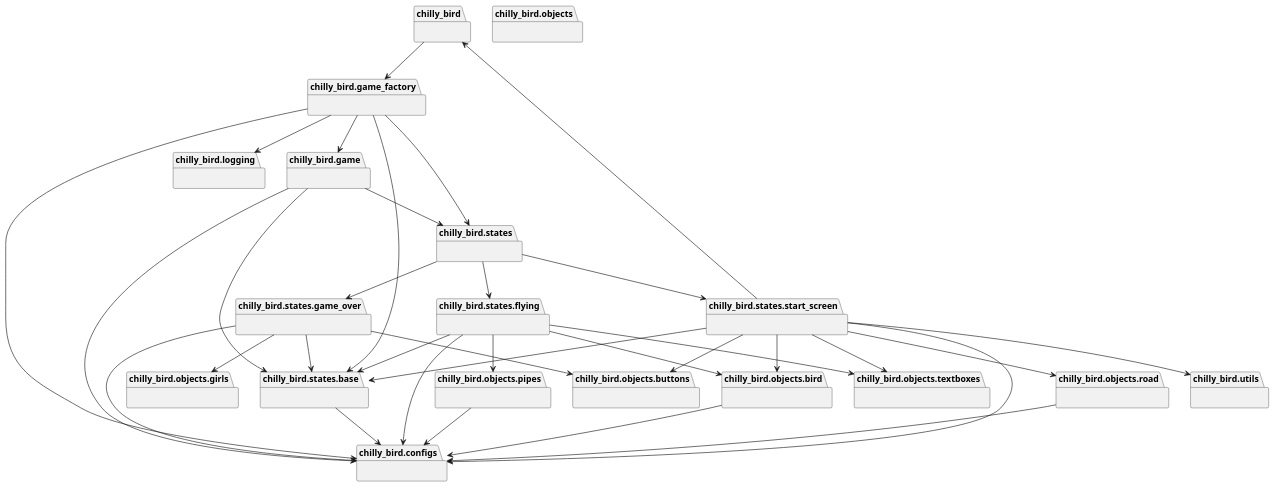
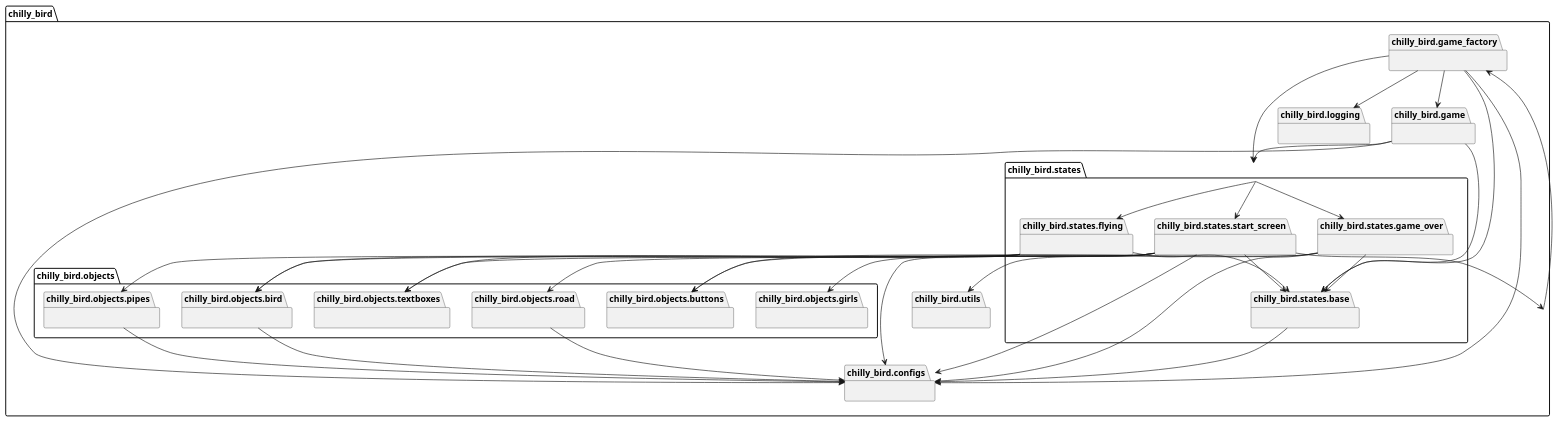
One commit to relicks/girly-bird changed the diagram in diagrams/packages.puml. Above: the diagram before and after it, drawn with PlantUML. The commit also changed 4 other files, not shown here.

```diff
--- a/diagrams/packages.puml
+++ b/diagrams/packages.puml
@@ -1,72 +1,72 @@
 @startuml packages
-set namespaceSeparator none
+' set namespaceSeparator none
 package "chilly_bird" as chilly_bird {
 }
 package "chilly_bird.configs" as chilly_bird.configs {
 }
 package "chilly_bird.game" as chilly_bird.game {
 }
 package "chilly_bird.game_factory" as chilly_bird.game_factory {
 }
 package "chilly_bird.logging" as chilly_bird.logging {
 }
 package "chilly_bird.objects" as chilly_bird.objects {
 }
 package "chilly_bird.objects.bird" as chilly_bird.objects.bird {
 }
 package "chilly_bird.objects.buttons" as chilly_bird.objects.buttons {
 }
 package "chilly_bird.objects.girls" as chilly_bird.objects.girls {
 }
 package "chilly_bird.objects.pipes" as chilly_bird.objects.pipes {
 }
 package "chilly_bird.objects.road" as chilly_bird.objects.road {
 }
 package "chilly_bird.objects.textboxes" as chilly_bird.objects.textboxes {
 }
 package "chilly_bird.states" as chilly_bird.states {
 }
 package "chilly_bird.states.base" as chilly_bird.states.base {
 }
 package "chilly_bird.states.flying" as chilly_bird.states.flying {
 }
 package "chilly_bird.states.game_over" as chilly_bird.states.game_over {
 }
 package "chilly_bird.states.start_screen" as chilly_bird.states.start_screen {
 }
 package "chilly_bird.utils" as chilly_bird.utils {
 }
 chilly_bird --> chilly_bird.game_factory
 chilly_bird.game --> chilly_bird.configs
 chilly_bird.game --> chilly_bird.states
 chilly_bird.game --> chilly_bird.states.base
 chilly_bird.game_factory --> chilly_bird.configs
 chilly_bird.game_factory --> chilly_bird.game
 chilly_bird.game_factory --> chilly_bird.logging
 chilly_bird.game_factory --> chilly_bird.states
 chilly_bird.game_factory --> chilly_bird.states.base
 chilly_bird.objects.bird --> chilly_bird.configs
 chilly_bird.objects.pipes --> chilly_bird.configs
 chilly_bird.objects.road --> chilly_bird.configs
 chilly_bird.states --> chilly_bird.states.flying
 chilly_bird.states --> chilly_bird.states.game_over
 chilly_bird.states --> chilly_bird.states.start_screen
 chilly_bird.states.base --> chilly_bird.configs
 chilly_bird.states.flying --> chilly_bird.configs
 chilly_bird.states.flying --> chilly_bird.objects.bird
 chilly_bird.states.flying --> chilly_bird.objects.pipes
 chilly_bird.states.flying --> chilly_bird.objects.textboxes
 chilly_bird.states.flying --> chilly_bird.states.base
 chilly_bird.states.game_over --> chilly_bird.configs
 chilly_bird.states.game_over --> chilly_bird.objects.buttons
 chilly_bird.states.game_over --> chilly_bird.objects.girls
 chilly_bird.states.game_over --> chilly_bird.states.base
 chilly_bird.states.start_screen --> chilly_bird
 chilly_bird.states.start_screen --> chilly_bird.configs
 chilly_bird.states.start_screen --> chilly_bird.objects.bird
 chilly_bird.states.start_screen --> chilly_bird.objects.buttons
 chilly_bird.states.start_screen --> chilly_bird.objects.road
 chilly_bird.states.start_screen --> chilly_bird.objects.textboxes
 chilly_bird.states.start_screen --> chilly_bird.states.base
 chilly_bird.states.start_screen --> chilly_bird.utils
 @enduml
```
